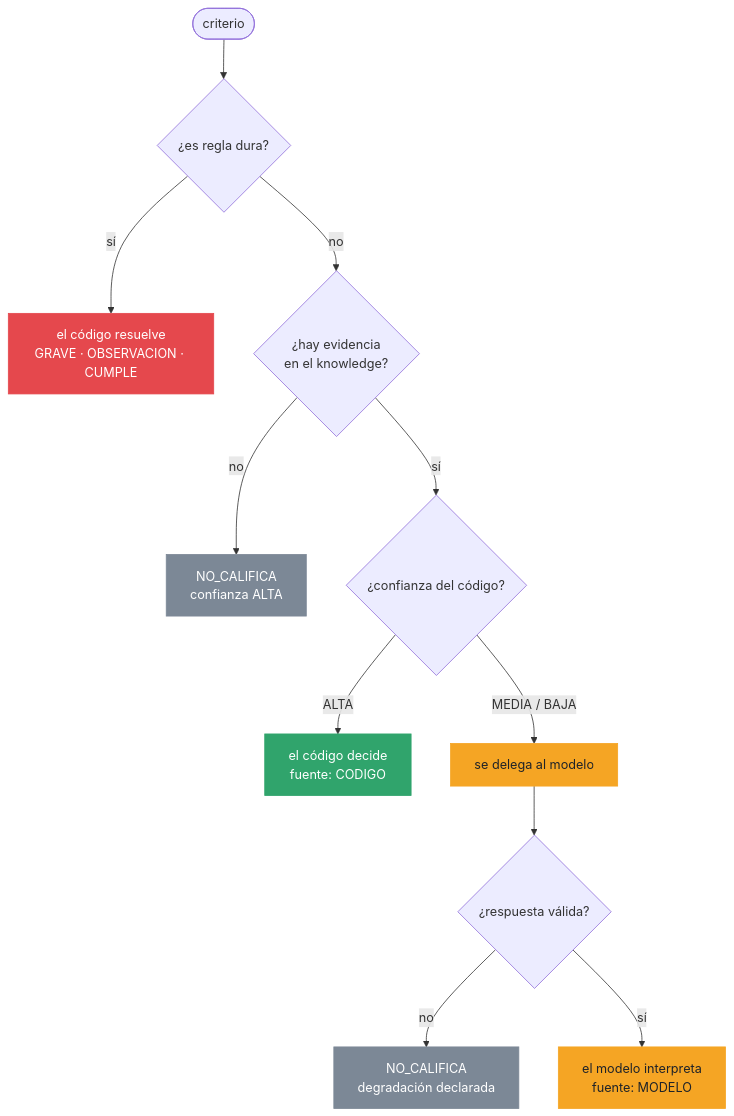
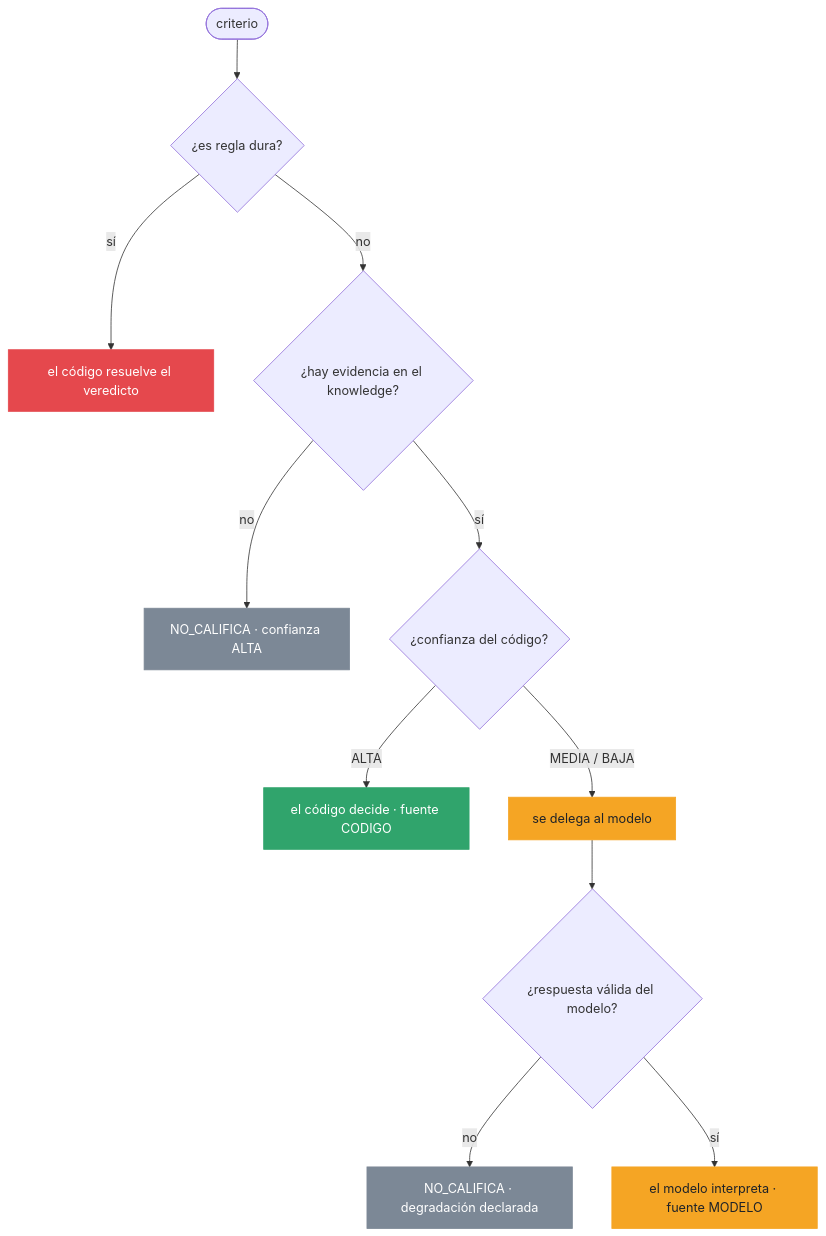
The diagram in README.md (GERARDOBR01/veristack), drawn with Mermaid before and after one commit.

Commit message:
fix: etiquetas del diagrama Mermaid entre comillas (los saltos de línea salían pegados)

````diff
--- a/README.md
+++ b/README.md
@@ -52,22 +52,22 @@
 ```mermaid
 flowchart TD
-    C([criterio]) --> M{¿es regla dura?}
-    M -- sí --> G[el código resuelve<br/>GRAVE · OBSERVACION · CUMPLE]
-    M -- no --> E{¿hay evidencia<br/>en el knowledge?}
-    E -- no --> N[NO_CALIFICA<br/>confianza ALTA]
-    E -- sí --> K{¿confianza del código?}
-    K -- ALTA --> D[el código decide<br/>fuente: CODIGO]
-    K -- MEDIA / BAJA --> P[se delega al modelo]
-    P --> R{¿respuesta válida?}
-    R -- no --> N2[NO_CALIFICA<br/>degradación declarada]
-    R -- sí --> I[el modelo interpreta<br/>fuente: MODELO]
+    C(["criterio"]) --> M{"¿es regla dura?"}
+    M -- "sí" --> G["el código resuelve el veredicto"]
+    M -- "no" --> E{"¿hay evidencia en el knowledge?"}
+    E -- "no" --> N["NO_CALIFICA · confianza ALTA"]
+    E -- "sí" --> K{"¿confianza del código?"}
+    K -- "ALTA" --> D["el código decide · fuente CODIGO"]
+    K -- "MEDIA / BAJA" --> P["se delega al modelo"]
+    P --> R{"¿respuesta válida del modelo?"}
+    R -- "no" --> N2["NO_CALIFICA · degradación declarada"]
+    R -- "sí" --> I["el modelo interpreta · fuente MODELO"]
 
     classDef grave fill:#E5484D,stroke:#E5484D,color:#fff;
     classDef nc fill:#7C8896,stroke:#7C8896,color:#fff;
     classDef ok fill:#30A46C,stroke:#30A46C,color:#fff;
     classDef mod fill:#F5A524,stroke:#F5A524,color:#1F2328;
     class G grave;
     class N,N2 nc;
     class D ok;
     class P,I mod;
 ```
````
